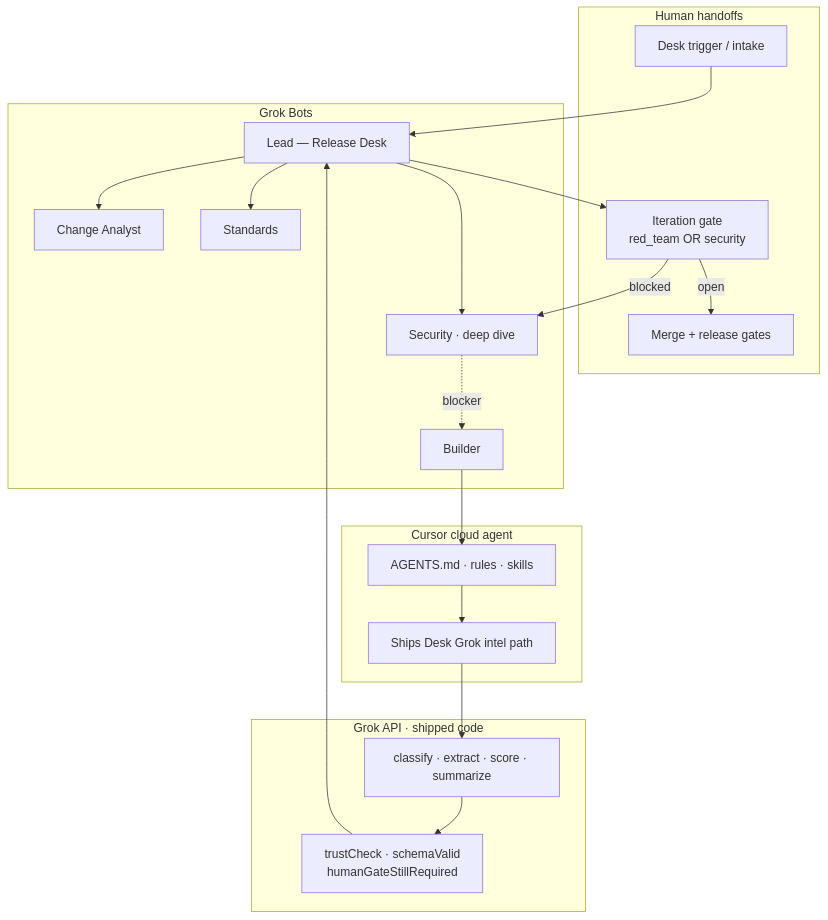
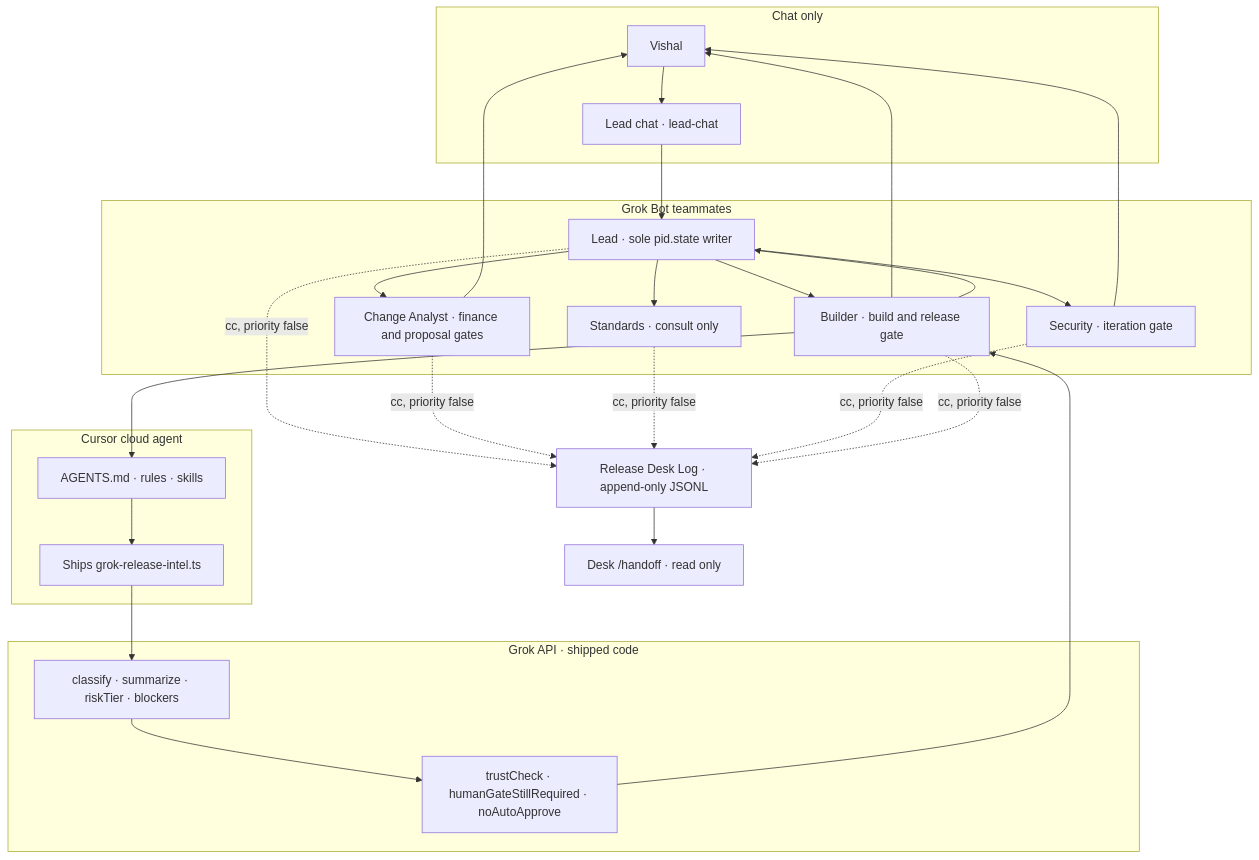
One commit to vishamathur/mvp-releasedesk changed the diagram in docs/spacexai-slide-2-architecture.md. Above: the diagram before and after it, drawn with Mermaid. The commit also changed other lines of this file and 85 other files, not shown here.

First line of the commit message:
feat(handoff): owner-raised gates and a read-only Log trace

````diff
--- a/docs/spacexai-slide-2-architecture.md
+++ b/docs/spacexai-slide-2-architecture.md
@@ -9,38 +17,37 @@
 ```mermaid
 flowchart TB
-  subgraph Humans["Human handoffs"]
-    Trigger["Desk trigger / intake"]
-    Gate["Iteration gate<br/>red_team OR security"]
-    MergeRel["Merge + release gates"]
+  subgraph Chat["Chat only"]
+    Vishal["Vishal"]
+    Thread["Lead chat · lead-chat"]
   end
 
-  subgraph GrokBots["Grok Bots"]
-    Lead["Lead — Release Desk"]
-    CA["Change Analyst"]
-    Std["Standards"]
-    Sec["Security · deep dive"]
-    Bld["Builder"]
+  subgraph Teammates["Grok Bot teammates"]
+    Lead["Lead · sole pid.state writer"]
+    CA["Change Analyst · finance and proposal gates"]
+    Std["Standards · consult only"]
+    Sec["Security · iteration gate"]
+    Bld["Builder · build and release gate"]
   end
+
+  Log["Release Desk Log · append-only JSONL"]
+  Desk["Desk /handoff · read only"]
 
   subgraph CursorPath["Cursor cloud agent"]
     Rules["AGENTS.md · rules · skills"]
-    Ship["Ships Desk Grok intel path"]
+    Ship["Ships grok-release-intel.ts"]
   end
 
   subgraph GrokAPI["Grok API · shipped code"]
-    Intel["classify · extract · score · summarize"]
-    Trust["trustCheck · schemaValid<br/>humanGateStillRequired"]
+    Intel["classify · summarize · riskTier · blockers"]
+    Trust["trustCheck · humanGateStillRequired · noAutoApprove"]
   end
 
-  Trigger --> Lead
-  Lead --> CA & Std & Sec
-  Sec -.->|blocker| Bld
-  Bld --> Rules
-  Rules --> Ship
-  Ship --> Intel
-  Intel --> Trust
-  Trust --> Lead
-  Lead --> Gate
-  Gate -->|open| MergeRel
-  Gate -->|blocked| Sec
+  Vishal --> Thread --> Lead
+  Lead --> CA & Std & Sec & Bld
+  CA & Sec & Bld --> Vishal
+  Lead & CA & Std & Sec & Bld -.->|cc, priority false| Log
+  Log --> Desk
+  Bld --> Rules --> Ship --> Intel --> Trust
+  Trust --> Bld
+  Bld --> Lead
 ```
````
